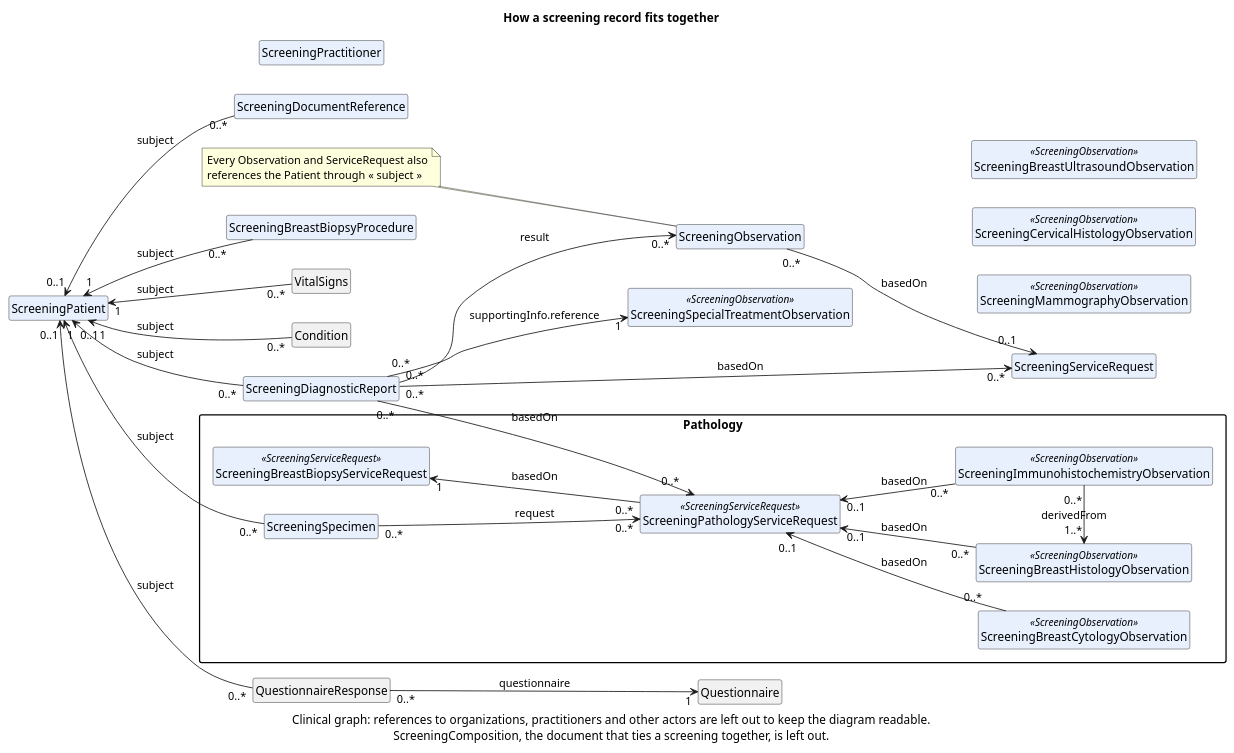
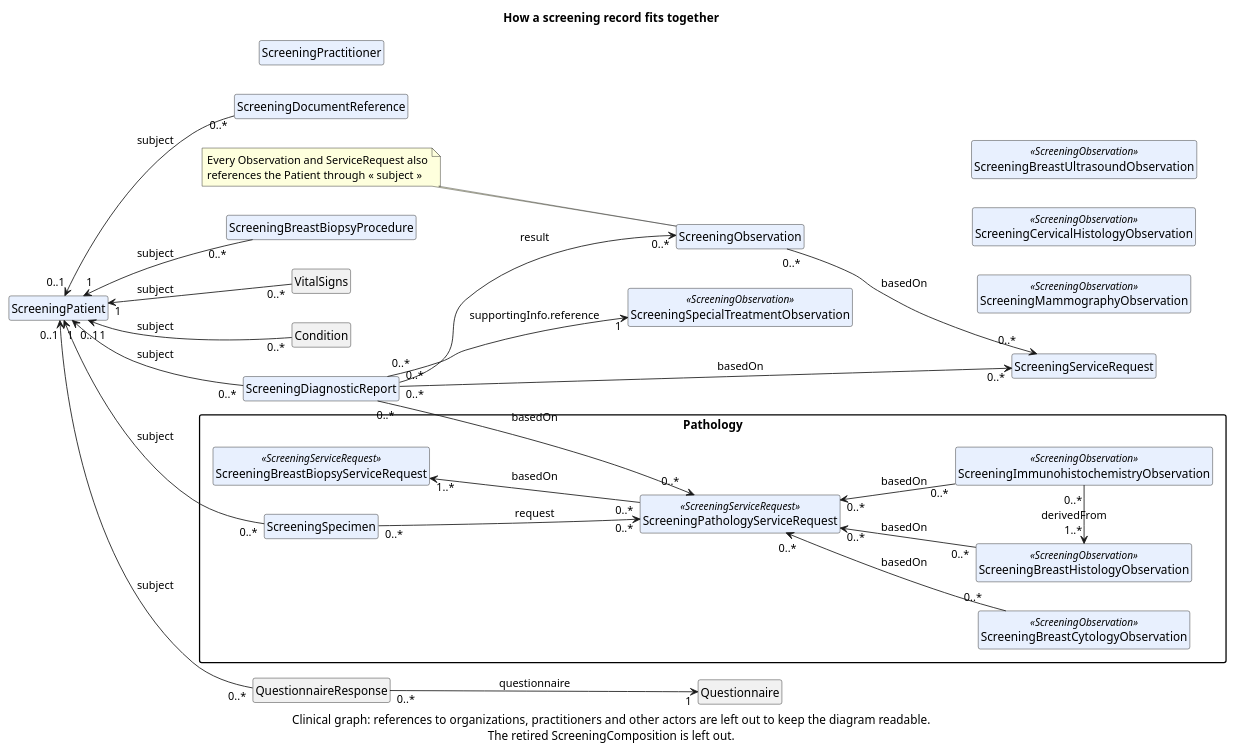
Before and after one commit to icmrnbw/digital-health-integration: the diagram in input/images-source/screening-model-en.plantuml, drawn with PlantUML. The commit also changed 8 other files, not shown here.

Commit message:
screening plan diagram, update screening diagram cardinalities

```diff
--- a/input/images-source/screening-model-en.plantuml
+++ b/input/images-source/screening-model-en.plantuml
@@ -1,61 +1,61 @@
 @startuml screening-model-en
 hide circle
 hide empty members
 left to right direction
 skinparam packageStyle rectangle
 title How a screening record fits together
 
 package "Pathology" {
   class ScreeningPathologyServiceRequest <<ScreeningServiceRequest>> [[StructureDefinition-screening-pathology-service-request.html{Open the ScreeningPathologyServiceRequest profile}]] #E8F0FE
   class ScreeningBreastBiopsyServiceRequest <<ScreeningServiceRequest>> [[StructureDefinition-screening-breast-biopsy-service-request.html{Open the ScreeningBreastBiopsyServiceRequest profile}]] #E8F0FE
   class ScreeningSpecimen [[StructureDefinition-screening-specimen.html{Open the ScreeningSpecimen profile}]] #E8F0FE
   class ScreeningBreastCytologyObservation <<ScreeningObservation>> [[StructureDefinition-screening-breast-cytology-observation.html{Open the ScreeningBreastCytologyObservation profile}]] #E8F0FE
   class ScreeningBreastHistologyObservation <<ScreeningObservation>> [[StructureDefinition-screening-breast-histology-observation.html{Open the ScreeningBreastHistologyObservation profile}]] #E8F0FE
   class ScreeningImmunohistochemistryObservation <<ScreeningObservation>> [[StructureDefinition-screening-immunohistochemistry-observation.html{Open the ScreeningImmunohistochemistryObservation profile}]] #E8F0FE
 }
 class ScreeningPatient [[StructureDefinition-screening-patient.html{Open the ScreeningPatient profile}]] #E8F0FE
 class ScreeningPractitioner [[StructureDefinition-screening-practitioner.html{Open the ScreeningPractitioner profile}]] #E8F0FE
 class ScreeningDocumentReference [[StructureDefinition-screening-document-reference.html{Open the ScreeningDocumentReference profile}]] #E8F0FE
 class ScreeningDiagnosticReport [[StructureDefinition-screening-diagnostic-report.html{Open the ScreeningDiagnosticReport profile}]] #E8F0FE
 class ScreeningServiceRequest [[StructureDefinition-screening-service-request.html{Open the ScreeningServiceRequest profile}]] #E8F0FE
 class ScreeningBreastBiopsyProcedure [[StructureDefinition-screening-breast-biopsy-procedure.html{Open the ScreeningBreastBiopsyProcedure profile}]] #E8F0FE
 class ScreeningObservation [[StructureDefinition-screening-observation.html{Open the ScreeningObservation profile}]] #E8F0FE
 class ScreeningMammographyObservation <<ScreeningObservation>> [[StructureDefinition-screening-mammography-observation.html{Open the ScreeningMammographyObservation profile}]] #E8F0FE
 class ScreeningBreastUltrasoundObservation <<ScreeningObservation>> [[StructureDefinition-screening-breast-ultrasound-observation.html{Open the ScreeningBreastUltrasoundObservation profile}]] #E8F0FE
 class ScreeningCervicalHistologyObservation <<ScreeningObservation>> [[StructureDefinition-screening-cervical-histology-observation.html{Open the ScreeningCervicalHistologyObservation profile}]] #E8F0FE
 class ScreeningSpecialTreatmentObservation <<ScreeningObservation>> [[StructureDefinition-screening-special-treatment-observation.html{Open the ScreeningSpecialTreatmentObservation profile}]] #E8F0FE
 class VitalSigns [[https://hl7.org/fhir/observation-vitalsigns.html{Open the FHIR vital signs profiles}]]
 class Condition [[https://dhp.uz/fhir/core/StructureDefinition-uz-core-condition.html{Open the UZ Core Condition profile}]]
 class QuestionnaireResponse [[https://dhp.uz/fhir/core/StructureDefinition-uz-core-questionnaire-response.html{Open the UZ Core QuestionnaireResponse profile}]]
 class Questionnaire [[https://dhp.uz/fhir/core/StructureDefinition-uz-core-questionnaire.html{Open the UZ Core Questionnaire profile}]]
 
 ScreeningPatient "0..1" <-- "0..*" QuestionnaireResponse : « subject »
 QuestionnaireResponse "0..*" --> "1" Questionnaire : « questionnaire »
 ScreeningPatient "1" <-- "0..*" Condition : « subject »
 ScreeningPatient "0..1" <-- "0..*" ScreeningDocumentReference : « subject »
 ScreeningPatient "1" <-- "0..*" VitalSigns : « subject »
 ScreeningPatient "1" <-- "0..*" ScreeningBreastBiopsyProcedure : « subject »
 ScreeningPatient "0..1" <-- "0..*" ScreeningDiagnosticReport : « subject »
 ScreeningPatient "1" <-- "0..*" ScreeningSpecimen : « subject »
 ScreeningDiagnosticReport "0..*" --> "0..*" ScreeningServiceRequest : « basedOn »
 ScreeningDiagnosticReport "0..*" --> "0..*" ScreeningObservation : « result »
 ScreeningDiagnosticReport "0..*" --> "1" ScreeningSpecialTreatmentObservation : « supportingInfo.reference »
 ScreeningDiagnosticReport "0..*" --> "0..*" ScreeningPathologyServiceRequest : « basedOn »
-ScreeningObservation "0..*" --> "0..1" ScreeningServiceRequest : « basedOn »
+ScreeningObservation "0..*" --> "0..*" ScreeningServiceRequest : « basedOn »
 ScreeningSpecimen "0..*" --> "0..*" ScreeningPathologyServiceRequest : « request »
-ScreeningBreastBiopsyServiceRequest "1" <-- "0..*" ScreeningPathologyServiceRequest : « basedOn »
-ScreeningPathologyServiceRequest "0..1" <-- "0..*" ScreeningBreastCytologyObservation : « basedOn »
-ScreeningPathologyServiceRequest "0..1" <-- "0..*" ScreeningBreastHistologyObservation : « basedOn »
-ScreeningPathologyServiceRequest "0..1" <-- "0..*" ScreeningImmunohistochemistryObservation : « basedOn »
+ScreeningBreastBiopsyServiceRequest "1..*" <-- "0..*" ScreeningPathologyServiceRequest : « basedOn »
+ScreeningPathologyServiceRequest "0..*" <-- "0..*" ScreeningBreastCytologyObservation : « basedOn »
+ScreeningPathologyServiceRequest "0..*" <-- "0..*" ScreeningBreastHistologyObservation : « basedOn »
+ScreeningPathologyServiceRequest "0..*" <-- "0..*" ScreeningImmunohistochemistryObservation : « basedOn »
 ScreeningImmunohistochemistryObservation "0..*" -[norank]-> "1..*" ScreeningBreastHistologyObservation : « derivedFrom »
 ScreeningObservation -[hidden]-> ScreeningMammographyObservation
 ScreeningObservation -[hidden]-> ScreeningBreastUltrasoundObservation
 ScreeningObservation -[hidden]-> ScreeningCervicalHistologyObservation
 ScreeningPatient -[hidden]-> ScreeningPractitioner
 
 note "Every Observation and ServiceRequest also\nreferences the Patient through « subject »" as N1
 N1 .. ScreeningObservation
 
-caption Clinical graph: references to organizations, practitioners and other actors are left out to keep the diagram readable.\nScreeningComposition, the document that ties a screening together, is left out.
+caption Clinical graph: references to organizations, practitioners and other actors are left out to keep the diagram readable.\nThe retired ScreeningComposition is left out.
 
 @enduml
```
